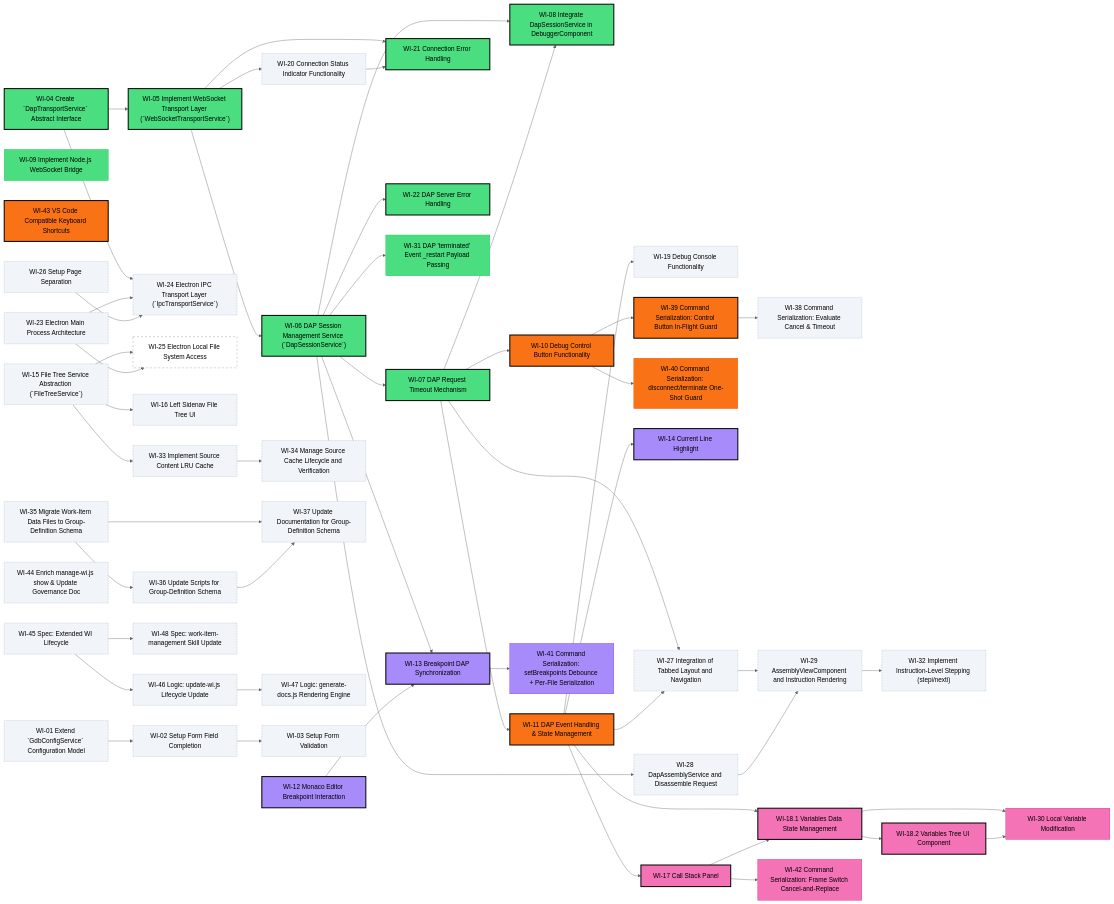
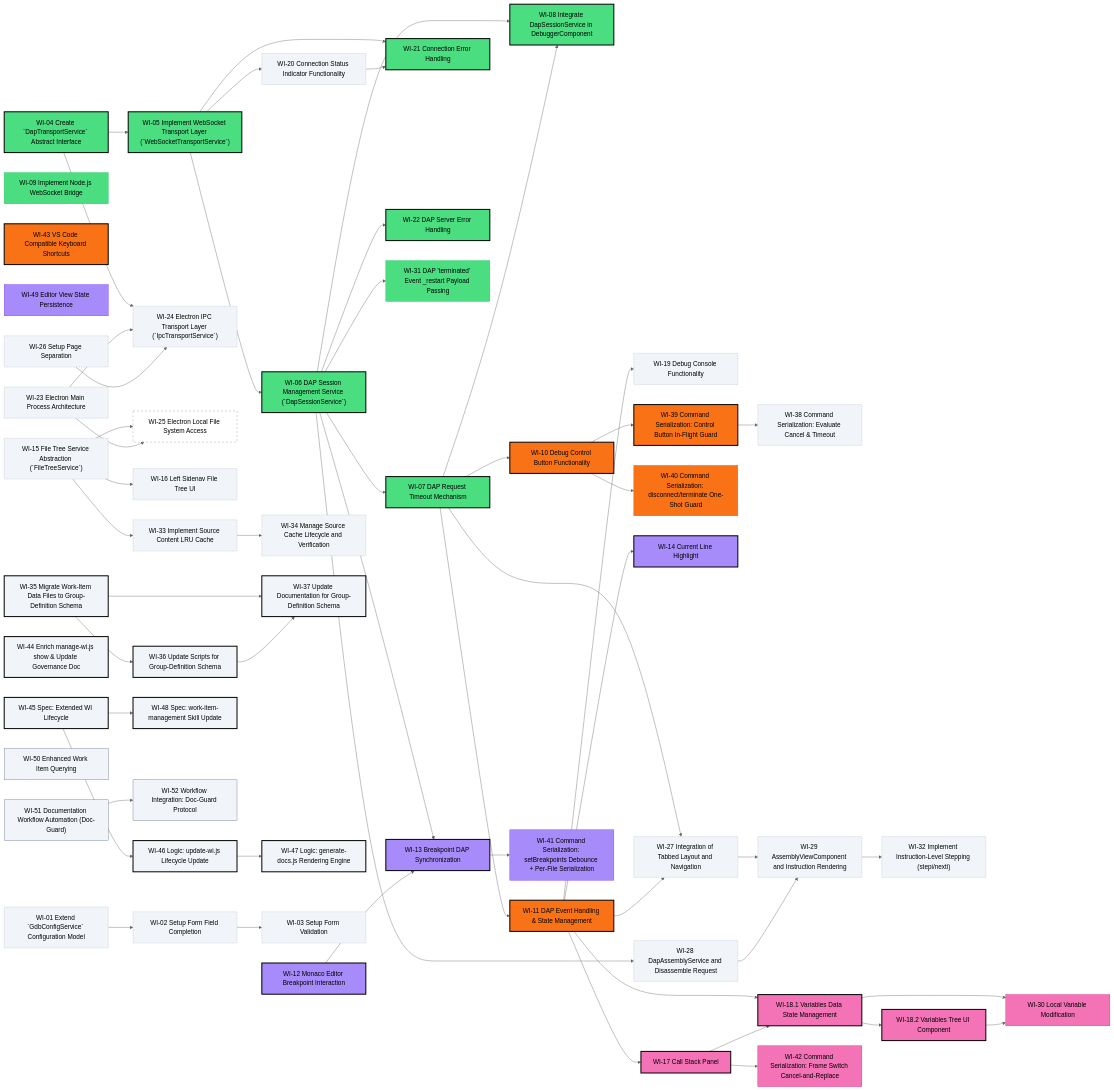
Before and after one commit to tangpo387-arch/taro-debugger: the diagram in docs/project-roadmap.md, drawn with Mermaid (neutral theme). The commit also changed other lines of this file and 4 other files, not shown here.

Commit message:
feat: add editor view state persistence spec and update project management work items

```diff
--- a/docs/project-roadmap.md
+++ b/docs/project-roadmap.md
@@ -30,6 +30,7 @@
     WI_13["WI-13 Breakpoint DAP Synchronization"]
     WI_14["WI-14 Current Line Highlight"]
     WI_41["WI-41 Command Serialization: setBreakpoints Debounce + Per-File Serialization"]
+    WI_49["WI-49 Editor View State Persistence"]
     WI_23["WI-23 Electron Main Process Architecture"]
     WI_26["WI-26 Setup Page Separation"]
     WI_24["WI-24 Electron IPC Transport Layer (`IpcTransportService`)"]
@@ -46,6 +47,9 @@
     WI_46["WI-46 Logic: update-wi.js Lifecycle Update"]
     WI_47["WI-47 Logic: generate-docs.js Rendering Engine"]
     WI_48["WI-48 Spec: work-item-management Skill Update"]
+    WI_50["WI-50 Enhanced Work Item Querying"]
+    WI_51["WI-51 Documentation Workflow Automation (Doc-Guard)"]
+    WI_52["WI-52 Workflow Integration: Doc-Guard Protocol"]
     WI_27["WI-27 Integration of Tabbed Layout and Navigation"]
     WI_28["WI-28 DapAssemblyService and Disassemble Request"]
     WI_29["WI-29 AssemblyViewComponent and Instruction Rendering"]
@@ -92,6 +96,7 @@
     WI_45 --> WI_46
     WI_46 --> WI_47
     WI_45 --> WI_48
+    WI_51 --> WI_52
     WI_07 --> WI_27
     WI_11 --> WI_27
     WI_06 --> WI_28
@@ -129,6 +134,7 @@
     style WI_13 fill:#a78bfa,stroke:#000,stroke-width:2.5px
     style WI_14 fill:#a78bfa,stroke:#000,stroke-width:2.5px
     style WI_41 fill:#a78bfa,stroke:#7c3aed
+    style WI_49 fill:#a78bfa,stroke:#7c3aed
     style WI_23 fill:#f1f5f9,stroke:#94a3b8,stroke-width:1px,stroke-dasharray:2
     style WI_26 fill:#f1f5f9,stroke:#94a3b8,stroke-width:1px,stroke-dasharray:2
     style WI_24 fill:#f1f5f9,stroke:#94a3b8,stroke-width:1px,stroke-dasharray:2
@@ -137,14 +143,17 @@
     style WI_16 fill:#f1f5f9,stroke:#94a3b8,stroke-width:1px,stroke-dasharray:2
     style WI_33 fill:#f1f5f9,stroke:#94a3b8,stroke-width:1px,stroke-dasharray:2
     style WI_34 fill:#f1f5f9,stroke:#94a3b8,stroke-width:1px,stroke-dasharray:2
-    style WI_35 fill:#f1f5f9,stroke:#94a3b8,stroke-width:1px,stroke-dasharray:2
-    style WI_36 fill:#f1f5f9,stroke:#94a3b8,stroke-width:1px,stroke-dasharray:2
-    style WI_37 fill:#f1f5f9,stroke:#94a3b8,stroke-width:1px,stroke-dasharray:2
-    style WI_44 fill:#f1f5f9,stroke:#94a3b8,stroke-width:1px,stroke-dasharray:2
-    style WI_45 fill:#f1f5f9,stroke:#94a3b8,stroke-width:1px,stroke-dasharray:2
-    style WI_46 fill:#f1f5f9,stroke:#94a3b8,stroke-width:1px,stroke-dasharray:2
-    style WI_47 fill:#f1f5f9,stroke:#94a3b8,stroke-width:1px,stroke-dasharray:2
-    style WI_48 fill:#f1f5f9,stroke:#94a3b8,stroke-width:1px,stroke-dasharray:2
+    style WI_35 fill:#f1f5f9,stroke:#000,stroke-width:2.5px
+    style WI_36 fill:#f1f5f9,stroke:#000,stroke-width:2.5px
+    style WI_37 fill:#f1f5f9,stroke:#000,stroke-width:2.5px
+    style WI_44 fill:#f1f5f9,stroke:#000,stroke-width:2.5px
+    style WI_45 fill:#f1f5f9,stroke:#000,stroke-width:2.5px
+    style WI_46 fill:#f1f5f9,stroke:#000,stroke-width:2.5px
+    style WI_47 fill:#f1f5f9,stroke:#000,stroke-width:2.5px
+    style WI_48 fill:#f1f5f9,stroke:#000,stroke-width:2.5px
+    style WI_50 fill:#f1f5f9,stroke:#64748b
+    style WI_51 fill:#f1f5f9,stroke:#64748b
+    style WI_52 fill:#f1f5f9,stroke:#64748b
     style WI_27 fill:#f1f5f9,stroke:#94a3b8,stroke-width:1px,stroke-dasharray:2
     style WI_28 fill:#f1f5f9,stroke:#94a3b8,stroke-width:1px,stroke-dasharray:2
     style WI_29 fill:#f1f5f9,stroke:#94a3b8,stroke-width:1px,stroke-dasharray:2
```
